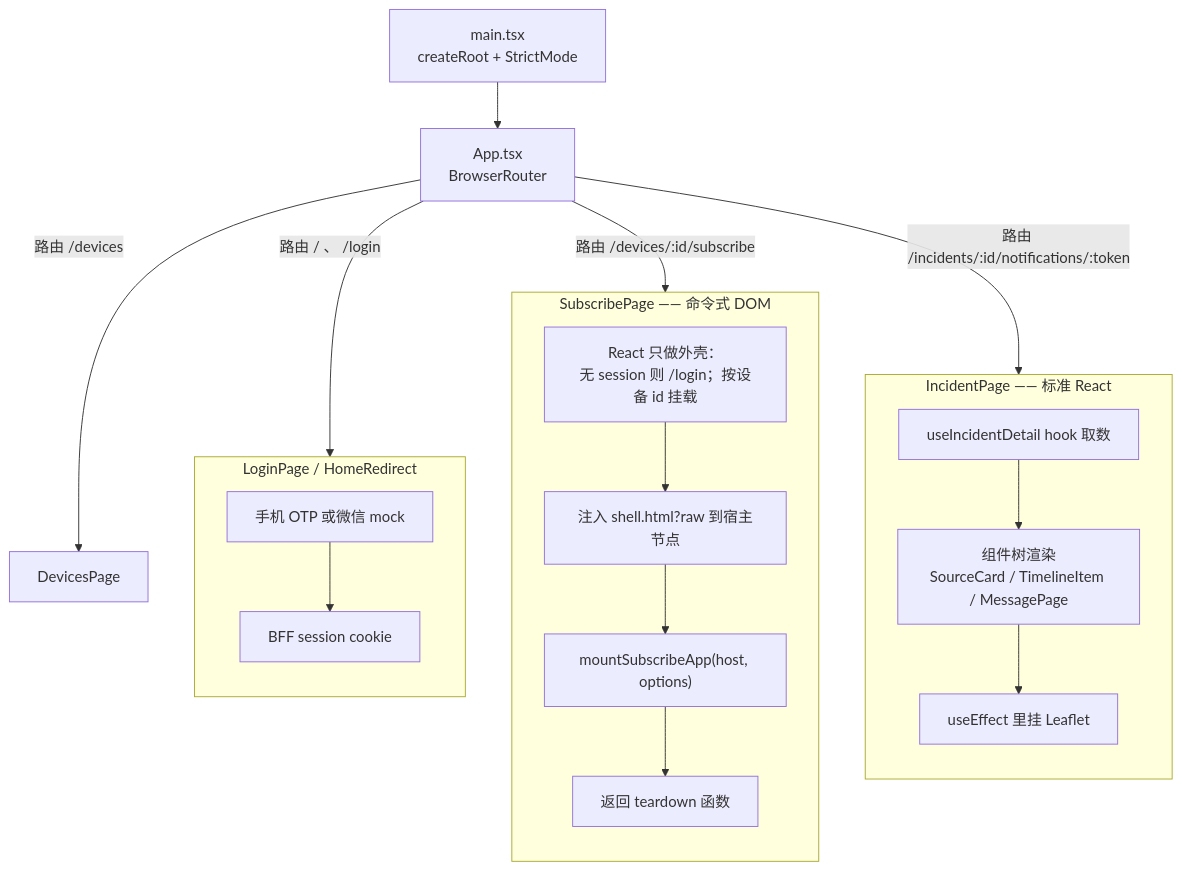
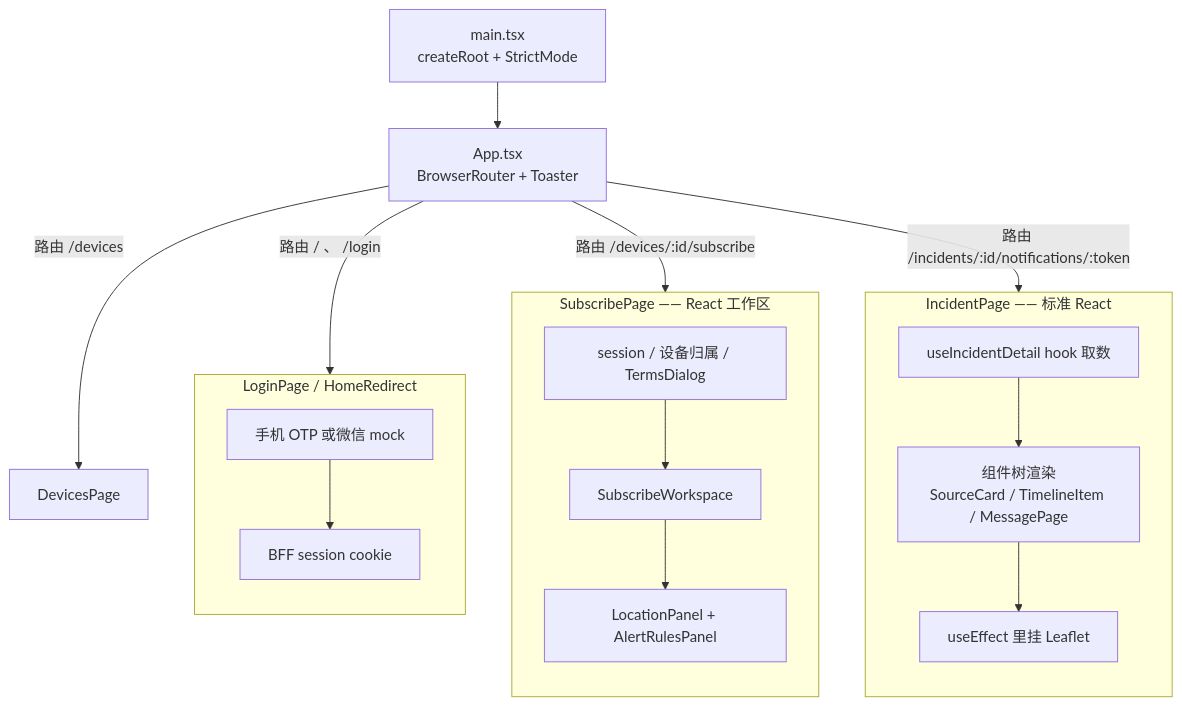
Before and after one commit to luyi2008/disaster-alert-web: the second of 8 diagrams in docs/architecture.md, drawn with Mermaid. The commit also changed other lines of this file and 83 other files, not shown here.

````diff
--- a/docs/architecture.md
+++ b/docs/architecture.md
@@ -81,35 +83,34 @@
 ```mermaid
 graph TB
     Main["main.tsx<br/>createRoot + StrictMode"]
-    App["App.tsx<br/>BrowserRouter"]
+    App["App.tsx<br/>BrowserRouter + Toaster"]
 
     Main --> App
     App -->|"路由 / 、 /login"| AuthPages
     App -->|"路由 /devices"| DevicesPage
     App -->|"路由 /devices/:id/subscribe"| SubPage
     App -->|"路由 /incidents/:id/notifications/:token"| IncPage
 
     subgraph AuthPages["LoginPage / HomeRedirect"]
         direction TB
         E1["手机 OTP 或微信 mock"]
         E2["BFF session cookie"]
         E1 --> E2
     end
 
-    subgraph SubPage["SubscribePage —— 命令式 DOM"]
+    subgraph SubPage["SubscribePage —— React 工作区"]
         direction TB
-        S1["React 只做外壳：<br/>无 session 则 /login；按设备 id 挂载"]
-        S2["注入 shell.html?raw 到宿主节点"]
-        S3["mountSubscribeApp(host, options)"]
-        S4["返回 teardown 函数"]
-        S1 --> S2 --> S3 --> S4
+        S1["session / 设备归属 / TermsDialog"]
+        S2["SubscribeWorkspace"]
+        S3["LocationPanel + AlertRulesPanel"]
+        S1 --> S2 --> S3
     end
 
     subgraph IncPage["IncidentPage —— 标准 React"]
         direction TB
         I1["useIncidentDetail hook 取数"]
         I2["组件树渲染<br/>SourceCard / TimelineItem / MessagePage"]
         I3["useEffect 里挂 Leaflet"]
         I1 --> I2 --> I3
     end
 ```
````
